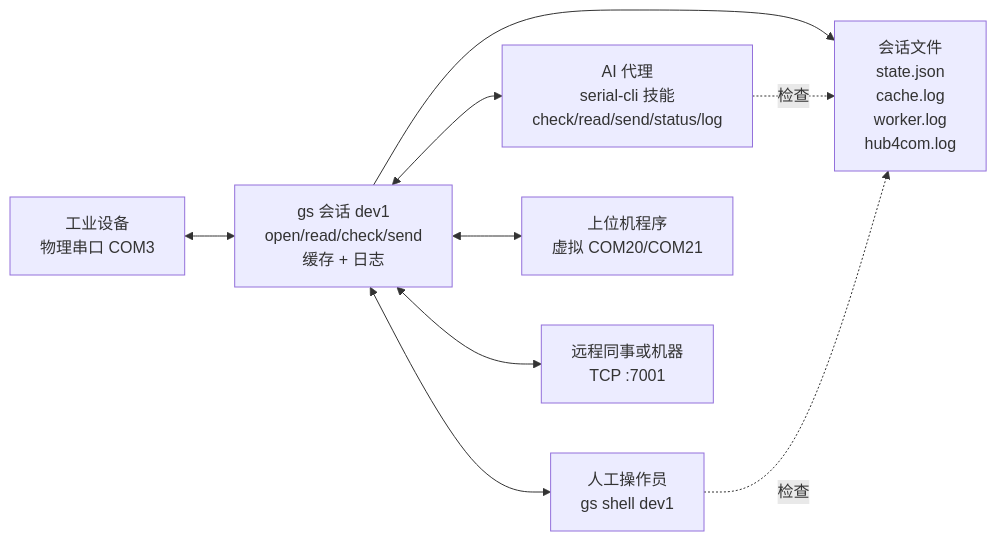
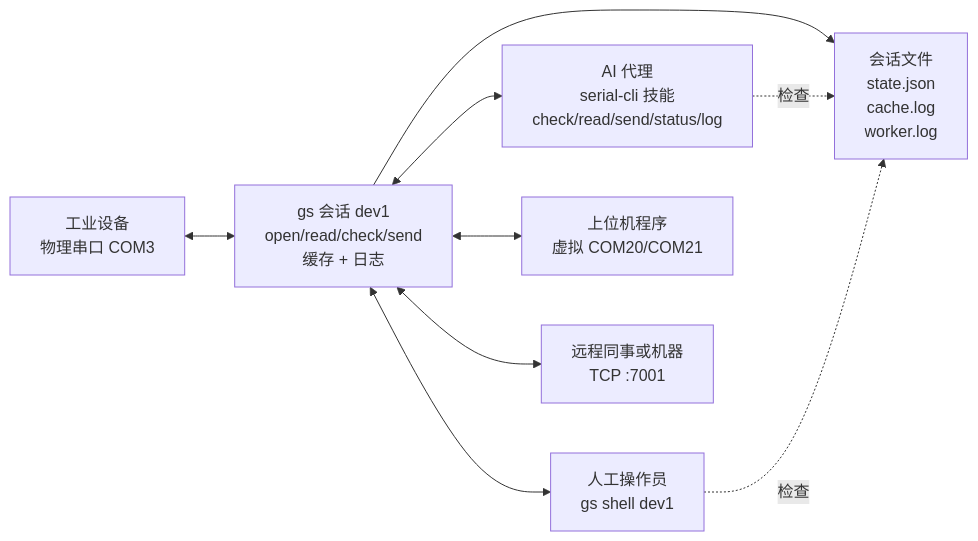
One commit to shikihane/go-serial-cli changed the first of 4 diagrams in README.zh-CN.md. Above: the diagram before and after it, drawn with Mermaid. The commit also changed other lines of this file and 17 other files, not shown here.

````diff
--- a/README.zh-CN.md
+++ b/README.zh-CN.md
@@ -95,20 +95,20 @@
 ```mermaid
 flowchart LR
     device["工业设备\n物理串口 COM3"]
     gs["gs 会话 dev1\nopen/read/check/send\n缓存 + 日志"]
-    cache["会话文件\nstate.json\ncache.log\nworker.log\nhub4com.log"]
+    cache["会话文件\nstate.json\ncache.log\nworker.log"]
 
     agent["AI 代理\nserial-cli 技能\ncheck/read/send/status/log"]
     human["人工操作员\ngs shell dev1"]
     upper["上位机程序\n虚拟 COM20/COM21"]
     remote["远程同事或机器\nTCP :7001"]
 
     device <--> gs
     gs <--> agent
     gs <--> human
     gs <--> upper
     gs <--> remote
     gs --> cache
     agent -.检查.-> cache
     human -.检查.-> cache
 ```
````
